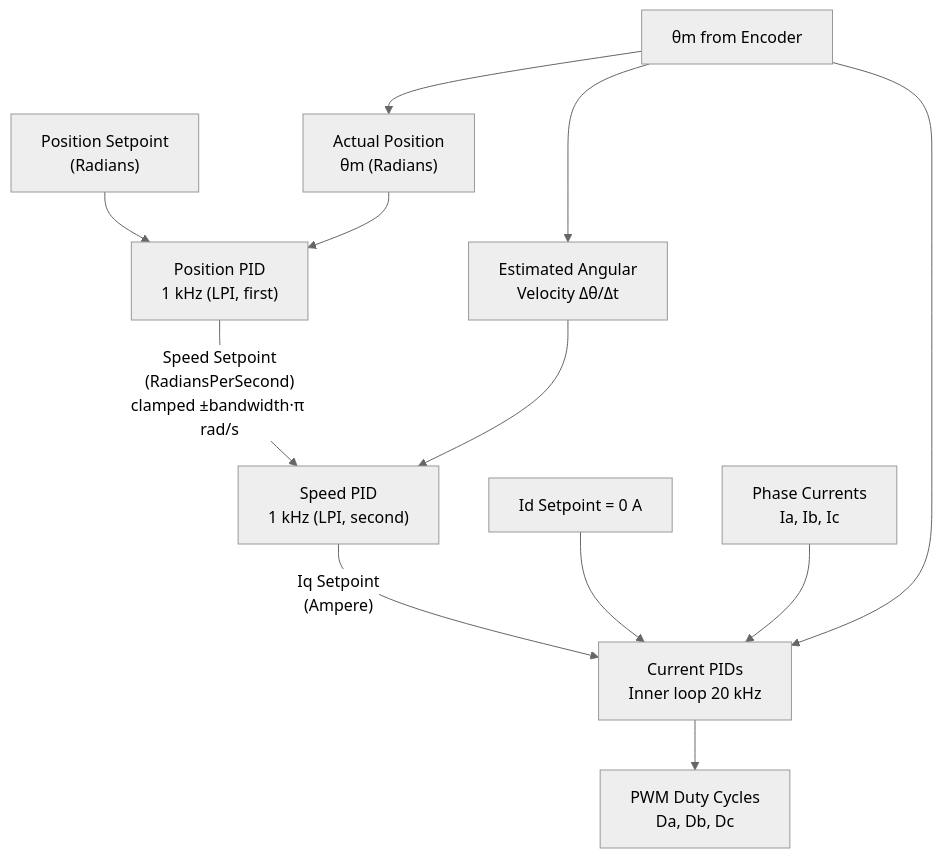
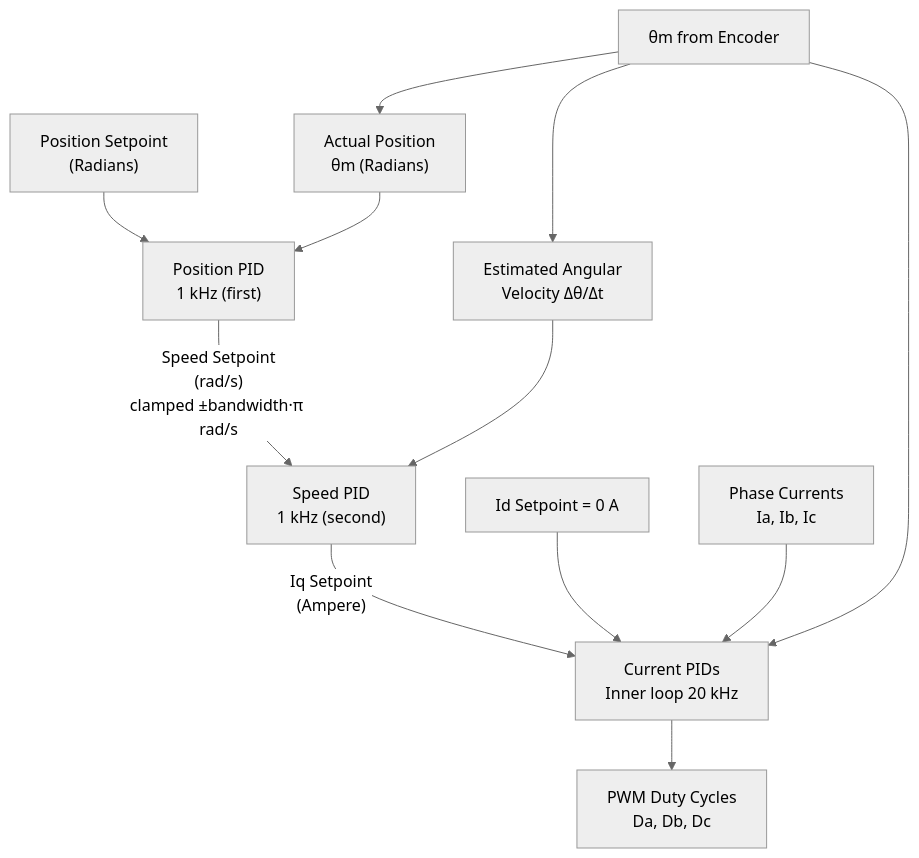
One commit to embedded-pro/e-foc changed the first of 9 diagrams in documentation/design/foc-position.md. Above: the diagram before and after it, drawn with Mermaid (neutral theme). The commit also changed other lines of this file and 37 other files, not shown here.

````diff
--- a/documentation/design/foc-position.md
+++ b/documentation/design/foc-position.md
@@ -58,14 +58,14 @@
 ```mermaid
 graph TB
-    PSP["Position Setpoint\n(Radians)"] --> PPID["Position PID\n1 kHz (LPI, first)"]
+    PSP["Position Setpoint\n(Radians)"] --> PPID["Position PID\n1 kHz (first)"]
     APOS["Actual Position\nθm (Radians)"] --> PPID
-    PPID -->|"Speed Setpoint\n(RadiansPerSecond)\nclamped ±bandwidth·π rad/s"| SPID["Speed PID\n1 kHz (LPI, second)"]
+    PPID -->|"Speed Setpoint\n(rad/s)\nclamped ±bandwidth·π rad/s"| SPID["Speed PID\n1 kHz (second)"]
     AV["Estimated Angular\nVelocity Δθ/Δt"] --> SPID
     SPID -->|"Iq Setpoint\n(Ampere)"| CPID["Current PIDs\nInner loop 20 kHz"]
     ZERO["Id Setpoint = 0 A"] --> CPID
     PHASES["Phase Currents\nIa, Ib, Ic"] --> CPID
     ANGLE["θm from Encoder"] --> CPID
     ANGLE --> AV
     ANGLE --> APOS
     CPID --> DUTY["PWM Duty Cycles\nDa, Db, Dc"]
 ```
````
